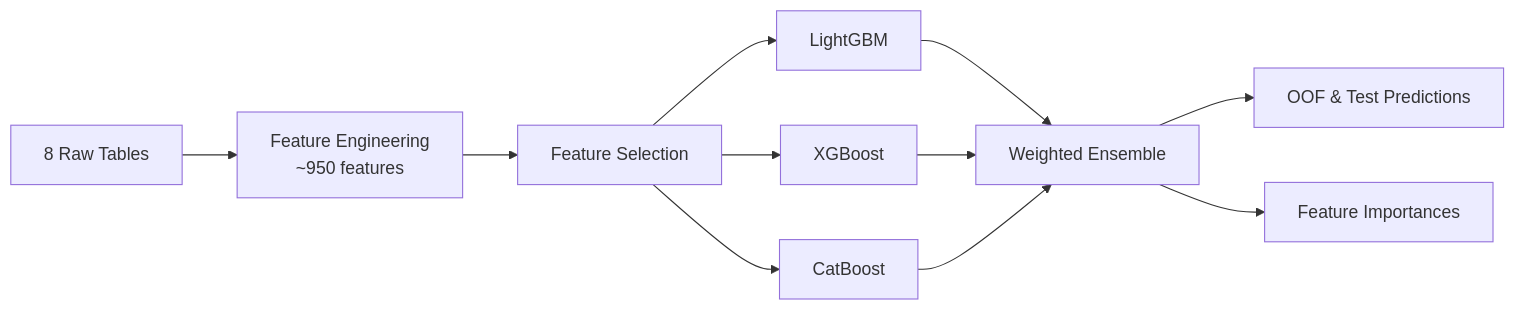
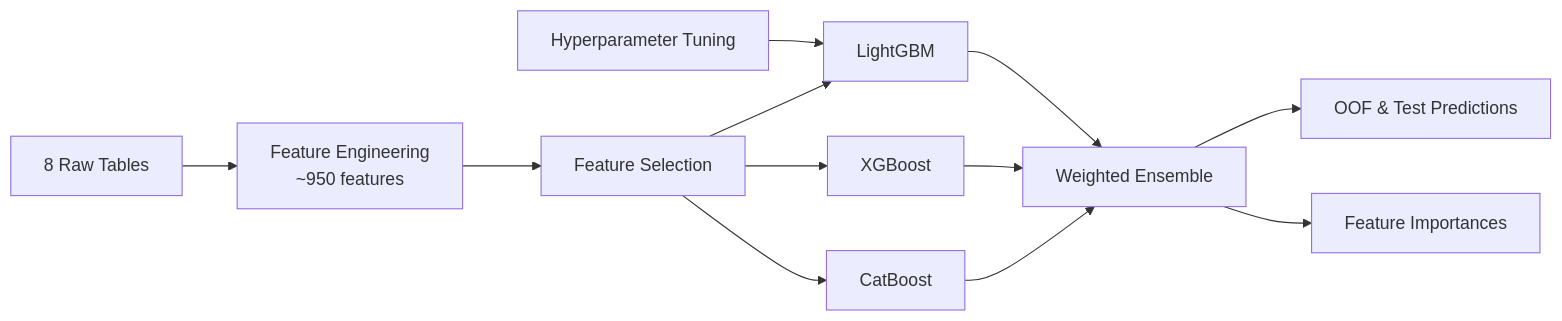
One commit to oliver-house/loan-default-prediction changed the diagram in README.md. Above: the diagram before and after it, drawn with Mermaid.

Commit message:
Add hyperparameter tuning to pipeline diagram in README

````diff
--- a/README.md
+++ b/README.md
@@ -7,11 +7,12 @@
 ```mermaid
 flowchart LR
     A[8 Raw Tables] --> B[Feature Engineering\n~950 features]
     B --> C[Feature Selection]
+    T[Hyperparameter Tuning] --> D
     C --> D[LightGBM]
     C --> E[XGBoost]
     C --> F[CatBoost]
     D & E & F --> G[Weighted Ensemble]
     G --> H[OOF & Test Predictions]
     G --> I[Feature Importances]
 ```
````
